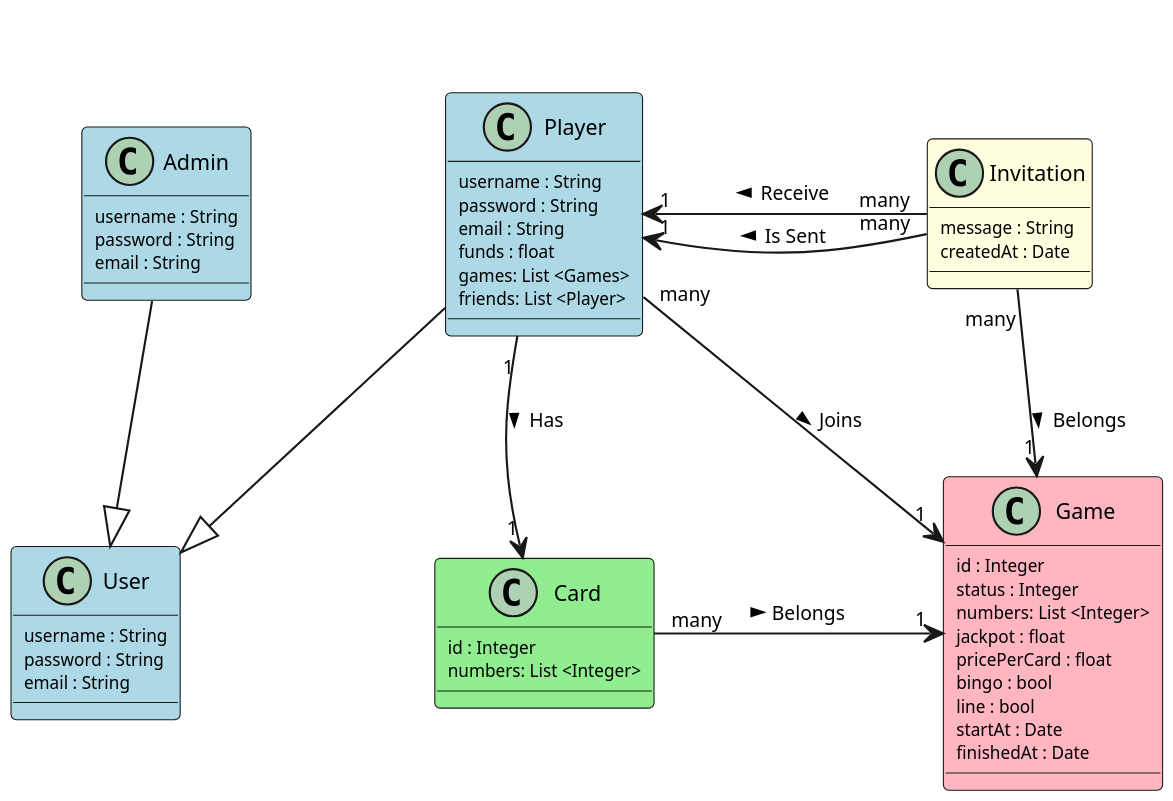
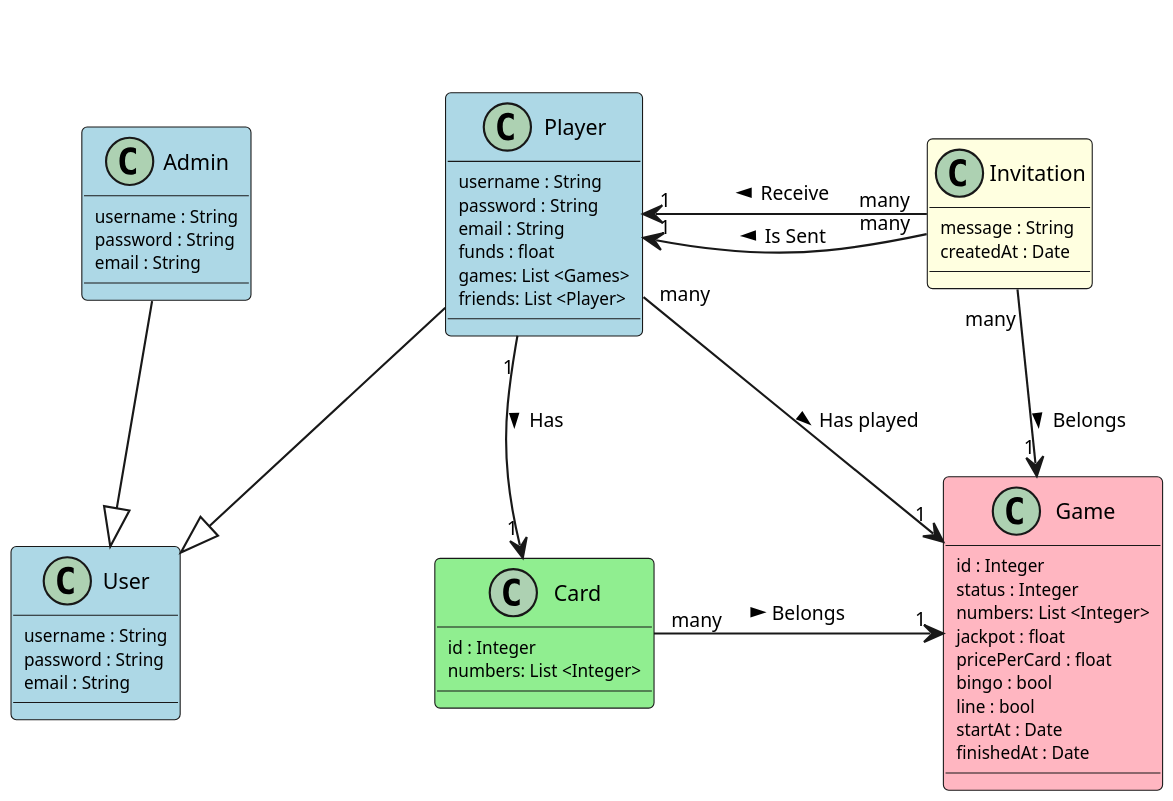
The diagram in entity_model.puml (rogargon/webingo-gei-api), drawn with PlantUML before and after one commit. The commit also changed 1 other file, not shown here.

Commit message:
Changed Game-Player relation name

```diff
--- a/entity_model.puml
+++ b/entity_model.puml
@@ -1,88 +1,88 @@
 @startuml
 
 skinparam dpi 200
 skinparam classAttributeFontSize 8
 skinparam classArrowFontSize 9
 skinparam classFontSize 10
 skinparam nodesep 90
 skinparam ranksep 40
 hide stereotype
 
 skinparam class {
 	BackgroundColor White
 	BackgroundColor<<Game>> LightPink
 	BackgroundColor<<User>> LightBlue
 	BackgroundColor<<Card>> LightGreen
 	BackgroundColor<<Invitation>> LightYellow
 }
 skinparam shadowing false
 
 skinparam package<<Layout>> {
   borderColor Transparent
   backgroundColor Transparent
   fontColor Transparent
   stereotypeFontColor Transparent
 }
 
 class User <<User>> {
     username : String
     password : String
     email : String
 }
 
 package Users <<Layout>>{
     class Player <<User>> {
         username : String
         password : String
         email : String
         funds : float
         games: List <Games>
         friends: List <Player>
     }
 
     class Admin <<User>> {
     username : String
     password : String
     email : String
     }
 }
 
 class Card <<Card>> {
     id : Integer
     numbers: List <Integer>
 }
 
 class Game <<Game>> {
     id : Integer
     status : Integer
     numbers: List <Integer>
     jackpot : float
     pricePerCard : float
     bingo : bool
     line : bool
     startAt : Date
     finishedAt : Date
 }
 
 class Invitation <<Invitation>> {
     message : String
     createdAt : Date
 }
 
 Invitation "many" -> "1" Player : Is Sent >
 
 Invitation "many" -> "1" Player : Receive >
 
 Invitation "many" --> "1" Game : Belongs >
 
 Game "1" <-left- "many" Card : Belongs <
 
 Player "1" --> "1" Card : Has >
 
-Player "many" --> "1" Game : Joins >
+Player "many" --> "1" Game : Has played >
 
 Player --|> User
 
 Admin -|> User
 
 @enduml
```
